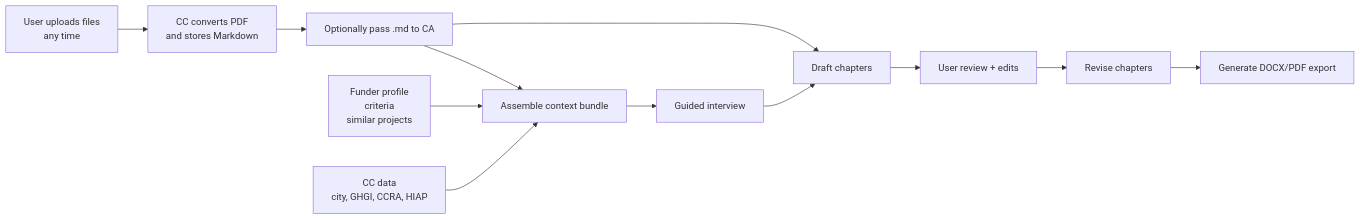
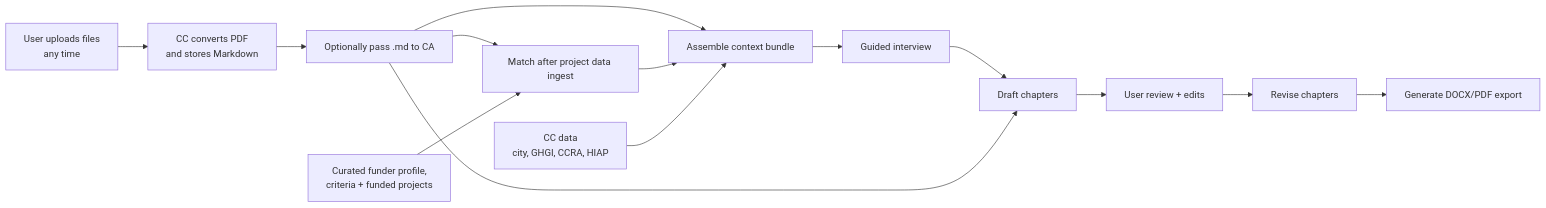
One commit to Open-Earth-Foundation/CityCatalyst changed the second of 14 diagrams in docs/ConceptNoteBuilderArchitecture.md. Above: the diagram before and after it, drawn with Mermaid. The commit also changed other lines of this file and 40 other files, not shown here.

Commit message:
Implement CNB similar project search

````diff
--- a/docs/ConceptNoteBuilderArchitecture.md
+++ b/docs/ConceptNoteBuilderArchitecture.md
@@ -158,18 +163,20 @@
 ```mermaid
 flowchart LR
     Context["Assemble context bundle"]
     Context --> Interview["Guided interview"]
     Interview --> Draft["Draft chapters"]
     Draft --> Review["User review + edits"]
     Review --> Revise["Revise chapters"]
     Revise --> Export["Generate DOCX/PDF export"]
 
     Upload["User uploads files<br/>any time"] --> Convert["CC converts PDF<br/>and stores Markdown"]
     Convert --> Ingest["Optionally pass .md to CA"]
     Ingest --> Context
     Ingest --> Draft
 
-    Research["Funder profile<br/>criteria<br/>similar projects"] --> Context
+    Ingest --> Match["Match after project data ingest"]
+    Research["Curated funder profile,<br/>criteria + funded projects"] --> Match
+    Match --> Context
 
     CCData["CC data<br/>city, GHGI, CCRA, HIAP"] --> Context
 ```
````
